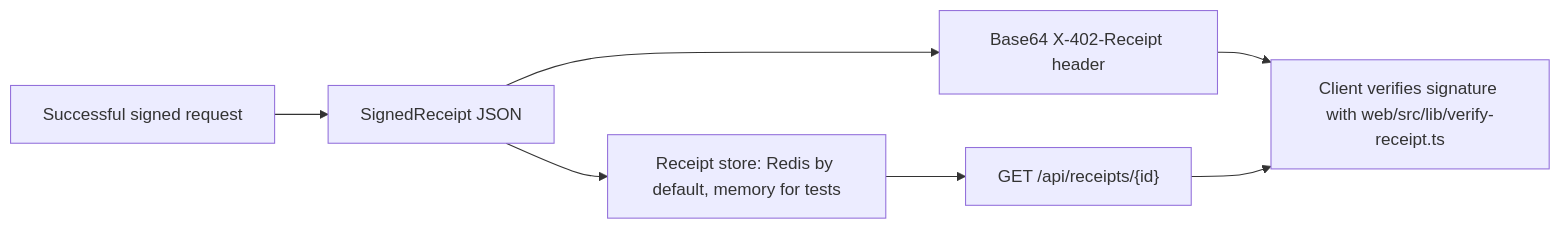
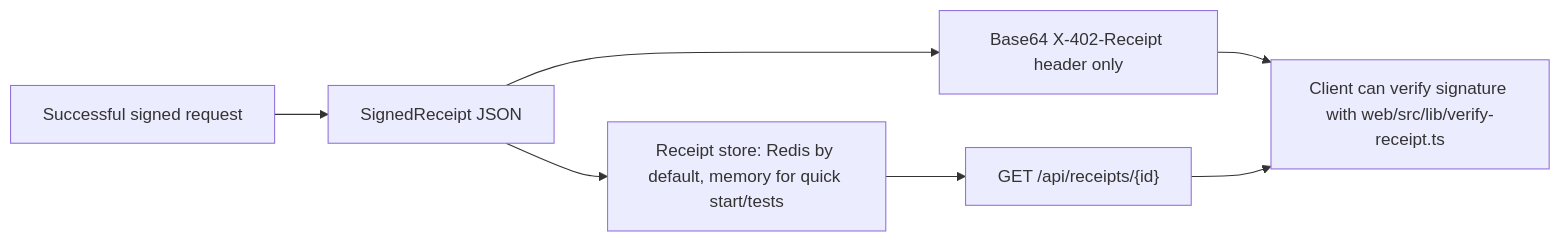
The fourth of 4 diagrams in README.md (karuna-1/MicroAI-Paygate), drawn with Mermaid before and after one commit. The commit also changed other lines of this file and 2 other files, not shown here.

Commit message:
docs(readme): align diagrams with current architecture

````diff
--- a/README.md
+++ b/README.md
@@ -162,16 +178,16 @@
 ```mermaid
 flowchart LR
     Success["Successful signed request"]
     Receipt["SignedReceipt JSON"]
-    Header["Base64 X-402-Receipt header"]
-    Store["Receipt store: Redis by default, memory for tests"]
+    Header["Base64 X-402-Receipt header only"]
+    Store["Receipt store: Redis by default, memory for quick start/tests"]
     Lookup["GET /api/receipts/{id}"]
-    Verify["Client verifies signature with web/src/lib/verify-receipt.ts"]
+    Verify["Client can verify signature with web/src/lib/verify-receipt.ts"]
 
     Success --> Receipt
     Receipt --> Header
     Receipt --> Store
     Store --> Lookup
     Header --> Verify
     Lookup --> Verify
 ```
````
